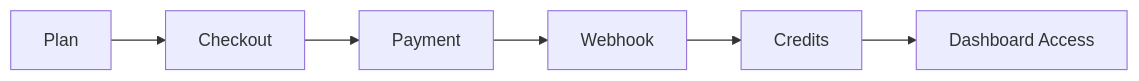
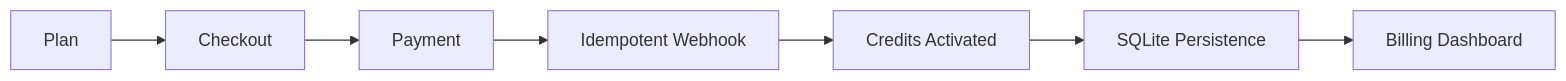
One commit to ShivamSoni20/DodoArc changed the fourth of 4 diagrams in README.md. Above: the diagram before and after it, drawn with Mermaid. The commit also changed other lines of this file, not shown here.

````diff
--- a/README.md
+++ b/README.md
@@ -178,8 +222,9 @@
 ```mermaid
 flowchart LR
     Plan["Plan"] --> Checkout["Checkout"]
     Checkout --> Payment["Payment"]
-    Payment --> Webhook["Webhook"]
-    Webhook --> Credits["Credits"]
-    Credits --> Access["Dashboard Access"]
+    Payment --> Webhook["Idempotent Webhook"]
+    Webhook --> Credits["Credits Activated"]
+    Credits --> Persistence["SQLite Persistence"]
+    Persistence --> Dashboard["Billing Dashboard"]
 ```
````
